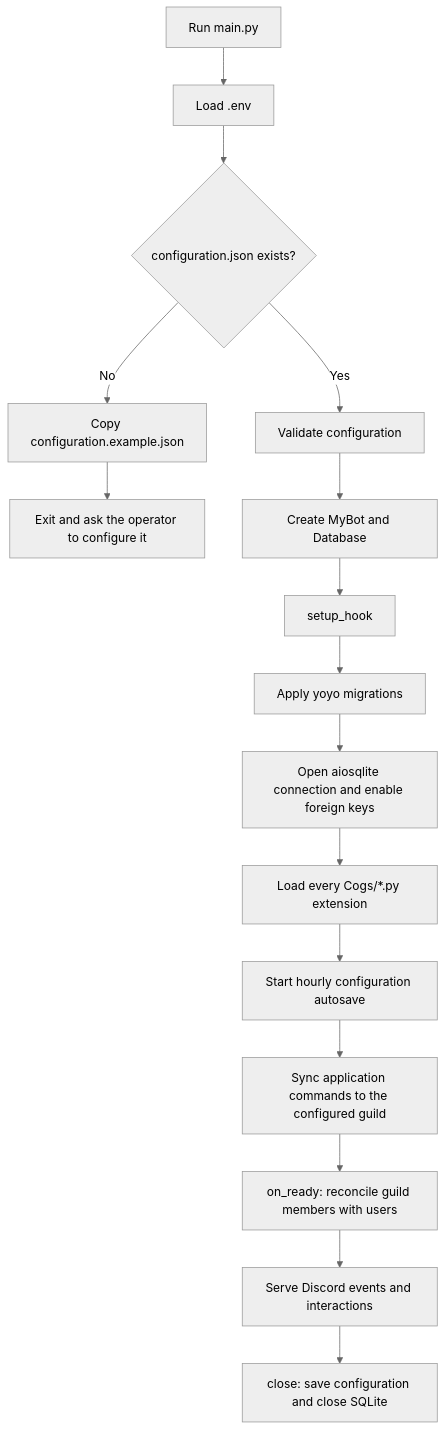
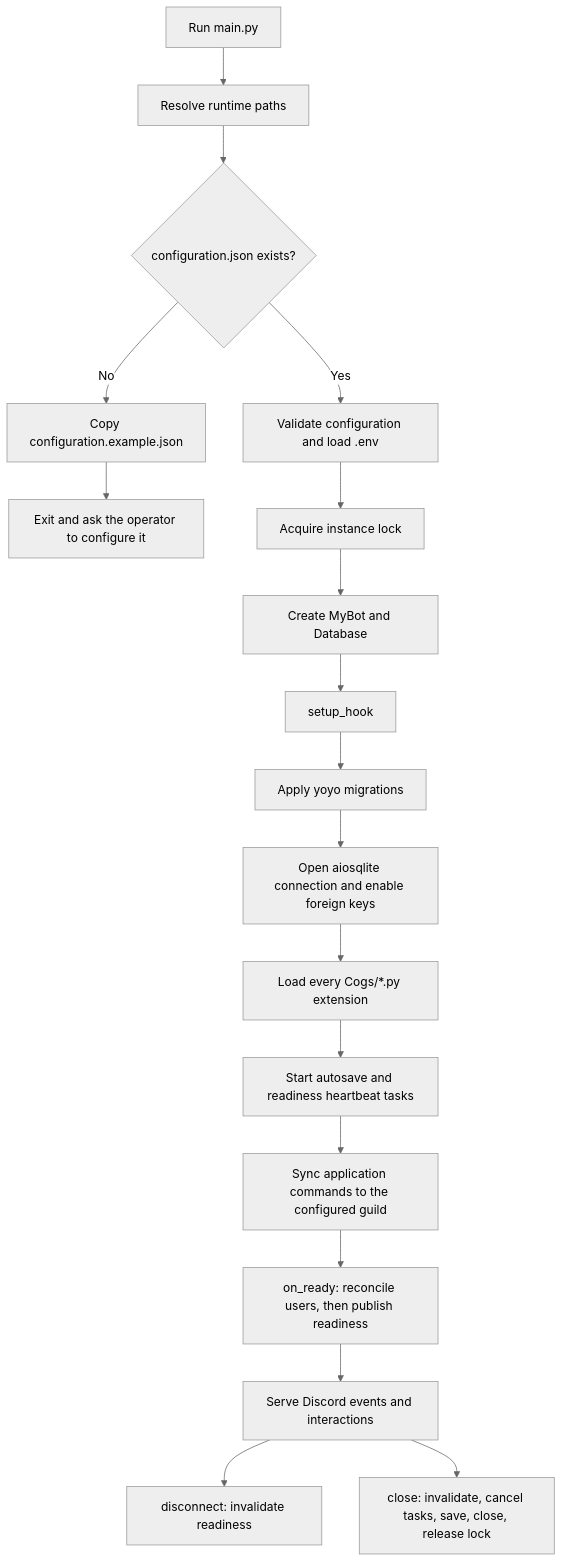
Before and after one commit to Bartolini515/FOGDiscordBot: the first of 2 diagrams in docs/architecture.md, drawn with Mermaid (neutral theme). The commit also changed other lines of this file and 5 other files, not shown here.

````diff
--- a/docs/architecture.md
+++ b/docs/architecture.md
@@ -21,18 +21,20 @@
 ```mermaid
 flowchart TD
-    A["Run main.py"] --> B["Load .env"]
+    A["Run main.py"] --> B["Resolve runtime paths"]
     B --> C{"configuration.json exists?"}
     C -- No --> D["Copy configuration.example.json"]
     D --> E["Exit and ask the operator to configure it"]
-    C -- Yes --> F["Validate configuration"]
-    F --> G["Create MyBot and Database"]
-    G --> H["setup_hook"]
-    H --> I["Apply yoyo migrations"]
-    I --> J["Open aiosqlite connection and enable foreign keys"]
-    J --> K["Load every Cogs/*.py extension"]
-    K --> L["Start hourly configuration autosave"]
-    L --> M["Sync application commands to the configured guild"]
-    M --> N["on_ready: reconcile guild members with users"]
-    N --> O["Serve Discord events and interactions"]
-    O --> P["close: save configuration and close SQLite"]
+    C -- Yes --> F["Validate configuration and load .env"]
+    F --> G["Acquire instance lock"]
+    G --> H["Create MyBot and Database"]
+    H --> I["setup_hook"]
+    I --> J["Apply yoyo migrations"]
+    J --> K["Open aiosqlite connection and enable foreign keys"]
+    K --> L["Load every Cogs/*.py extension"]
+    L --> M["Start autosave and readiness heartbeat tasks"]
+    M --> N["Sync application commands to the configured guild"]
+    N --> O["on_ready: reconcile users, then publish readiness"]
+    O --> P["Serve Discord events and interactions"]
+    P --> Q["disconnect: invalidate readiness"]
+    P --> R["close: invalidate, cancel tasks, save, close, release lock"]
 ```
````
